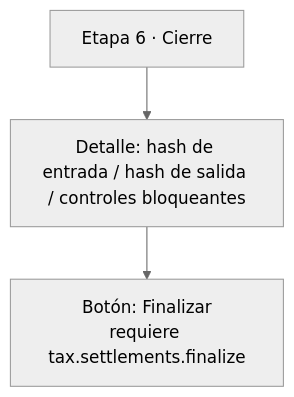
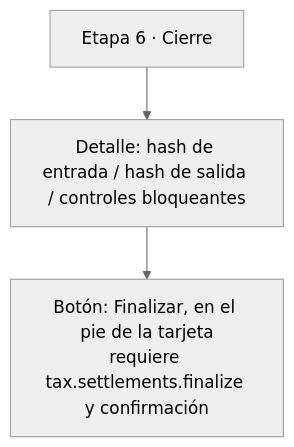
The eighth of 10 diagrams in docs/flujograma-expediente-mensual.md (TataInti/contable), drawn with Mermaid (neutral theme) before and after one commit. The commit also changed other lines of this file, not shown here.

````diff
--- a/docs/flujograma-expediente-mensual.md
+++ b/docs/flujograma-expediente-mensual.md
@@ -201,5 +200,5 @@
 ```mermaid
 flowchart TD
     A[Etapa 6 · Cierre] --> B[Detalle: hash de entrada / hash de salida / controles bloqueantes]
-    B --> C[Botón: Finalizar<br/>requiere tax.settlements.finalize]
+    B --> C[Botón: Finalizar, en el pie de la tarjeta<br/>requiere tax.settlements.finalize y confirmación]
 ```
````
